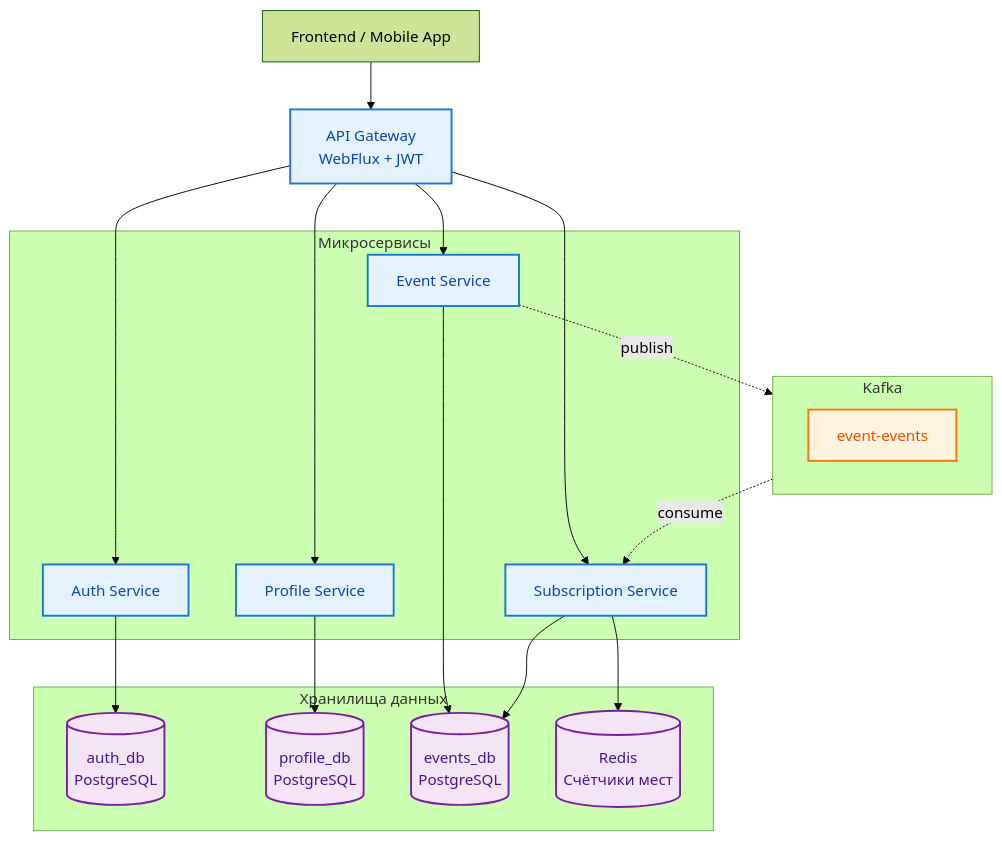
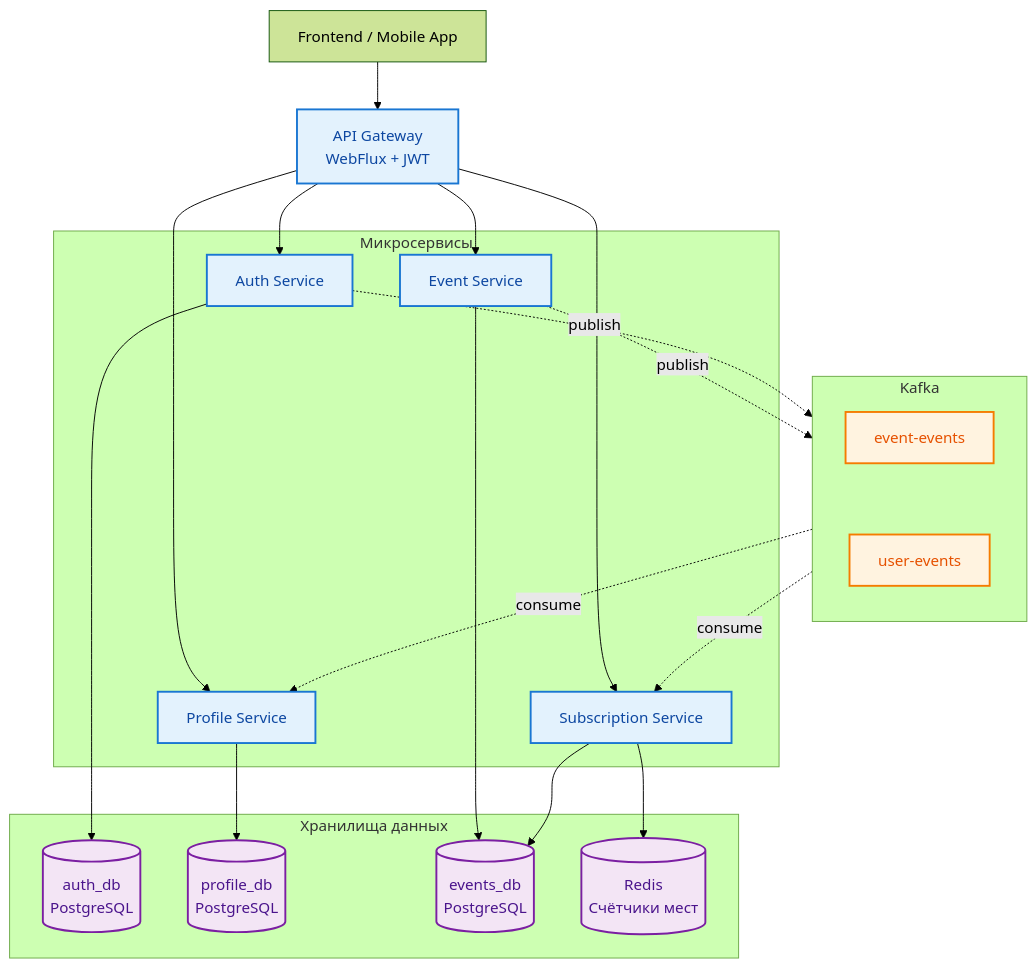
One commit to NewRecon/sport-point-api changed the second of 7 diagrams in README.md. Above: the diagram before and after it, drawn with Mermaid (forest theme). The commit also changed other lines of this file and 21 other files, not shown here.

Commit message:
add cors in gateway, add user-event-topic with create user profile, refactor readme

````diff
--- a/README.md
+++ b/README.md
@@ -104,53 +103,61 @@
 ```mermaid
-graph TD
+graph TB
     %% Синхронный путь (сверху вниз)
     Client[Frontend / Mobile App] --> GW[API Gateway<br/>WebFlux + JWT]
     
     subgraph Services["Микросервисы"]
         Auth[Auth Service]
         Profile[Profile Service]
         Event[Event Service]
         Sub[Subscription Service]
     end
     
     subgraph Data["Хранилища данных"]
         DB1[(auth_db<br/>PostgreSQL)]
         DB2[(profile_db<br/>PostgreSQL)]
         DB3[(events_db<br/>PostgreSQL)]
         Redis[(Redis<br/>Счётчики мест)]
     end
     
-    %% Синхронные связи: Gateway → Services
+    %% Синхронные связи: Gateway ->Services
     GW --> Auth
     GW --> Profile
     GW --> Event
     GW --> Sub
     
-    %% Синхронные связи: Services → Data
+    %% Синхронные связи: Services ->Data
     Auth --> DB1
     Profile --> DB2
     Event --> DB3
     Sub --> DB3
     Sub --> Redis
     
     %% Асинхронный путь (через Kafka-шину)
     subgraph KafkaBus["Kafka"]
-        direction LR
         T1[event-events]
+        T2[user-events]
+        direction TB
+        T1 ~~~ T2
     end
     
     %% Публикации в шину
     Event -. "publish" .-> T1
     
     %% Подписки потребителей
     T1 -. "consume" .-> Sub
+
+    %% Публикации в шину
+    Auth -. "publish" .-> T2
+    
+    %% Подписки потребителей
+    T2 -. "consume" .-> Profile
     
     %% Стили
     classDef sync fill:#e3f2fd,stroke:#1976d2,stroke-width:2px,color:#0d47a1
     classDef async fill:#fff3e0,stroke:#f57c00,stroke-width:2px,color:#e65100
     classDef data fill:#f3e5f5,stroke:#7b1fa2,stroke-width:2px,color:#4a148c
     
     class GW,Auth,Profile,Event,Sub sync
     class T1,T2,T3 async
     class DB1,DB2,DB3,Redis data
 ```
````
